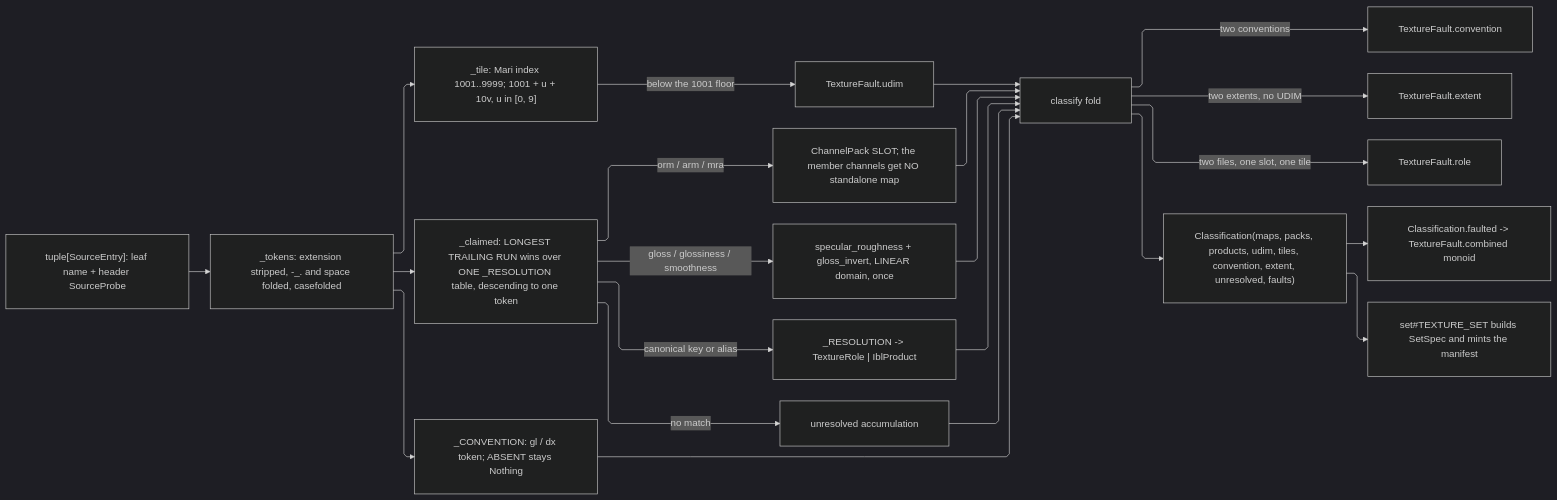
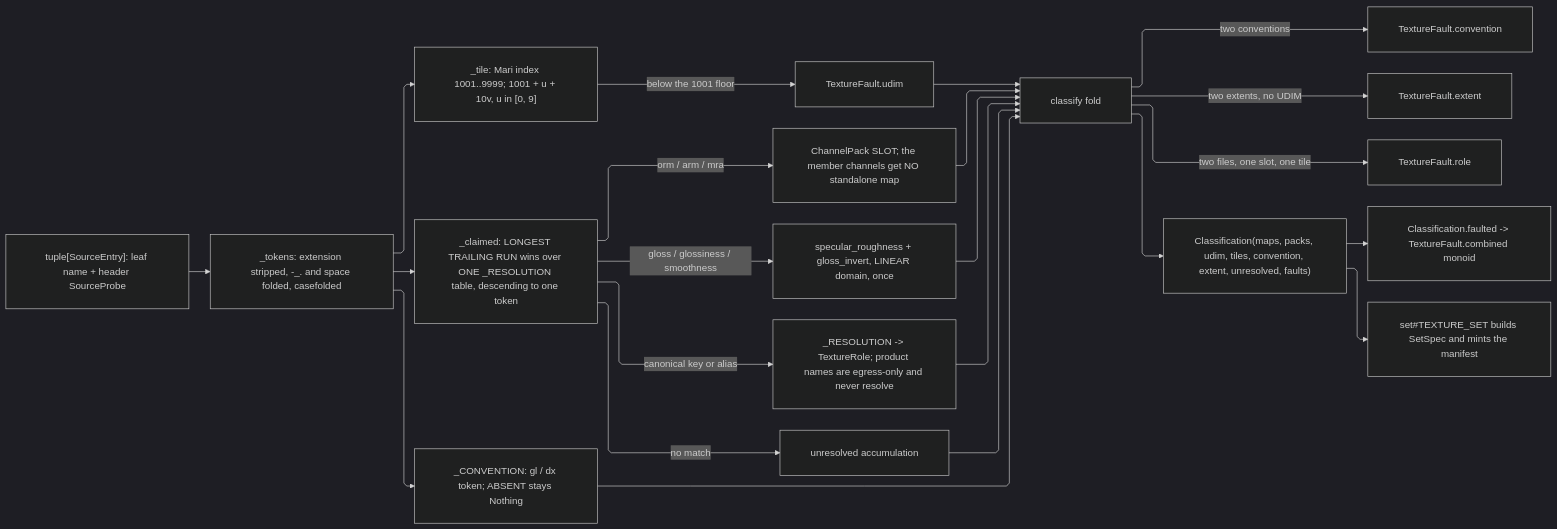
Before and after one commit to bsamiee/Rasm: the diagram in libs/python/artifacts/.planning/graphic/texture/ingest.md, drawn with Mermaid (dark theme). The commit also changed other lines of this file and 236 other files, not shown here.

````diff
--- a/libs/python/artifacts/.planning/graphic/texture/ingest.md
+++ b/libs/python/artifacts/.planning/graphic/texture/ingest.md
@@ -510,33 +579,33 @@
 ```mermaid
 ---
 config:
   layout: elk
   flowchart:
     curve: linear
     padding: 25
 ---
 flowchart LR
     accTitle: Texture ingest classification flow
     accDescr: Source entries normalized to tokens, UDIM tiles parsed against the Mari floor, the longest trailing run claimed over the one resolution table, normal convention and gloss resolved, and the Classification accumulating unresolved stems beside its typed faults.
     Entries["tuple[SourceEntry]: leaf name + header SourceProbe"] --> Norm["_tokens: extension stripped, -_. and space folded, casefolded"]
     Norm --> Tile["_tile: Mari index 1001..9999; 1001 + u + 10v, u in [0, 9]"]
     Tile -->|"below the 1001 floor"| FU["TextureFault.udim"]
     Norm --> Last["_claimed: LONGEST TRAILING RUN wins over ONE _RESOLUTION table, descending to one token"]
     Last -->|"orm / arm / mra"| Pack["ChannelPack SLOT; the member channels get NO standalone map"]
     Last -->|"gloss / glossiness / smoothness"| Gloss["specular_roughness + gloss_invert, LINEAR domain, once"]
-    Last -->|"canonical key or alias"| Role["_RESOLUTION -> TextureRole | IblProduct"]
+    Last -->|"canonical key or alias"| Role["_RESOLUTION -> TextureRole; product names are egress-only and never resolve"]
     Last -->|"no match"| Unres["unresolved accumulation"]
     Norm --> Conv["_CONVENTION: gl / dx token; ABSENT stays Nothing"]
     Conv --> Fold
     Role --> Fold["classify fold"]
     Pack --> Fold
     Gloss --> Fold
     Unres --> Fold
     FU --> Fold
     Fold -->|"two conventions"| FC["TextureFault.convention"]
     Fold -->|"two extents, no UDIM"| FE["TextureFault.extent"]
     Fold -->|"two files, one slot, one tile"| FR["TextureFault.role"]
-    Fold --> Out["Classification(maps, packs, products, udim, tiles, convention, extent, unresolved, faults)"]
+    Fold --> Out["Classification(maps, packs, udim, tiles, convention, extent, unresolved, faults)"]
     Out --> Mon["Classification.faulted -> TextureFault.combined monoid"]
     Out --> Set["set#TEXTURE_SET builds SetSpec and mints the manifest"]
 ```
````
